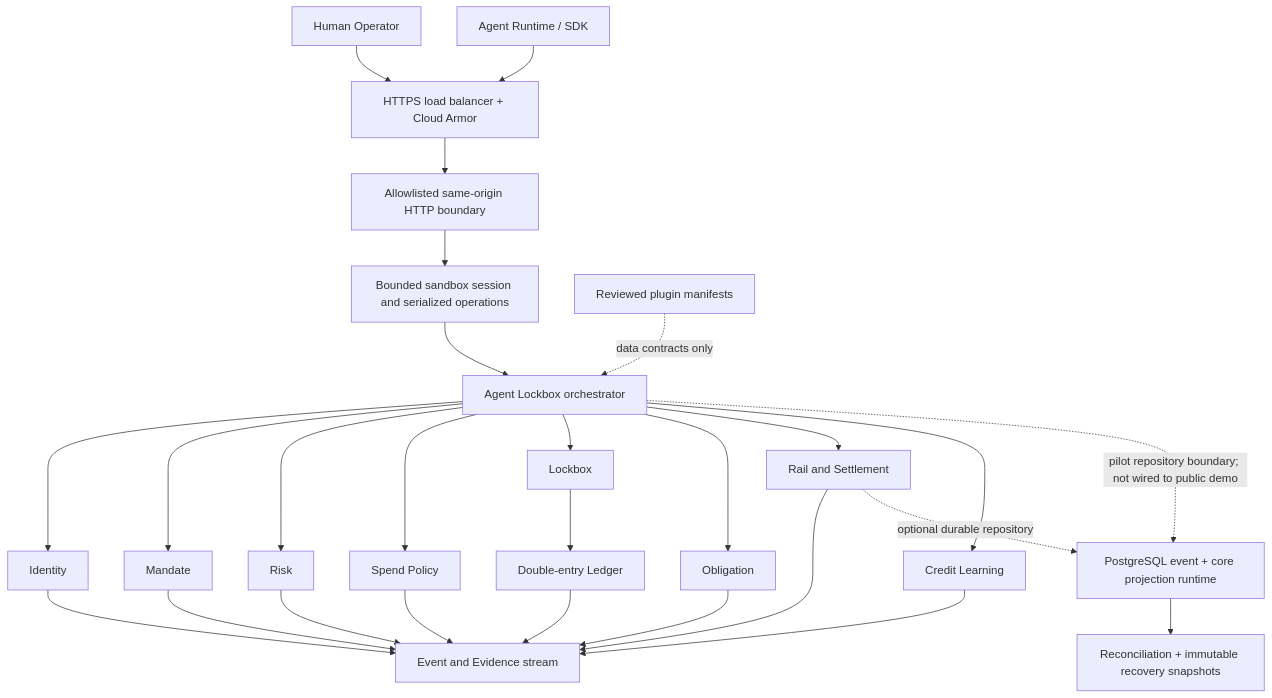
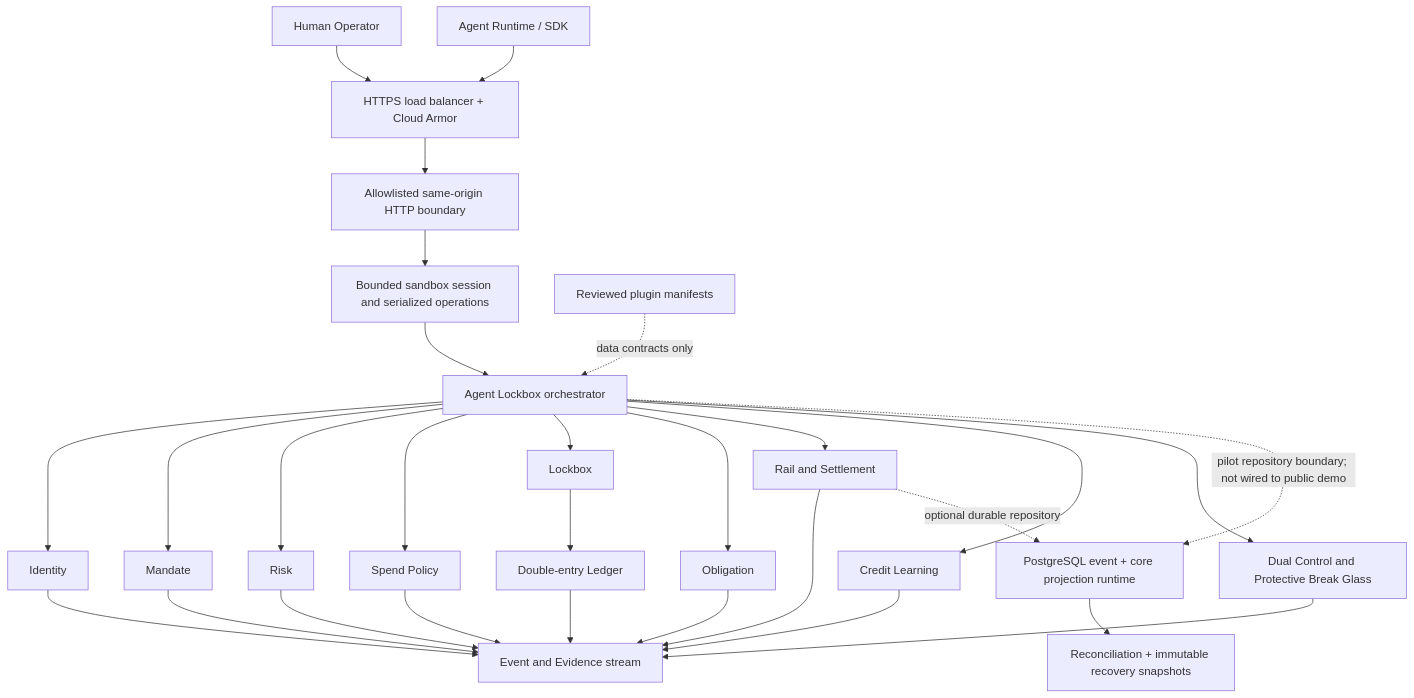
Before and after one commit to CPTM511/IPO.ONE: the diagram in README.md, drawn with Mermaid. The commit also changed other lines of this file and 46 other files, not shown here.

First line of the commit message:
Implement durable dual control and protective break glass (#11)

````diff
--- a/README.md
+++ b/README.md
@@ -116,32 +118,34 @@
 ```mermaid
 flowchart TB
   Human["Human Operator"] --> Edge["HTTPS load balancer + Cloud Armor"]
   Agent["Agent Runtime / SDK"] --> Edge
   Edge --> HTTP["Allowlisted same-origin HTTP boundary"]
   HTTP --> Session["Bounded sandbox session and serialized operations"]
   Session --> Flow["Agent Lockbox orchestrator"]
 
   Flow --> Identity["Identity"]
   Flow --> Mandate["Mandate"]
   Flow --> Risk["Risk"]
   Flow --> Spend["Spend Policy"]
   Flow --> Lockbox["Lockbox"]
   Flow --> Obligation["Obligation"]
   Flow --> Rail["Rail and Settlement"]
   Flow --> Learning["Credit Learning"]
+  Flow --> Approval["Dual Control and Protective Break Glass"]
 
   Identity --> Evidence["Event and Evidence stream"]
   Mandate --> Evidence
   Risk --> Evidence
   Spend --> Evidence
   Lockbox --> Ledger["Double-entry Ledger"]
   Obligation --> Evidence
   Rail --> Evidence
   Learning --> Evidence
+  Approval --> Evidence
   Ledger --> Evidence
 
   Flow -. pilot repository boundary; not wired to public demo .-> Postgres["PostgreSQL event + core projection runtime"]
   Rail -. optional durable repository .-> Postgres
   Postgres --> Recon["Reconciliation + immutable recovery snapshots"]
   Plugins["Reviewed plugin manifests"] -. data contracts only .-> Flow
 ```
````
